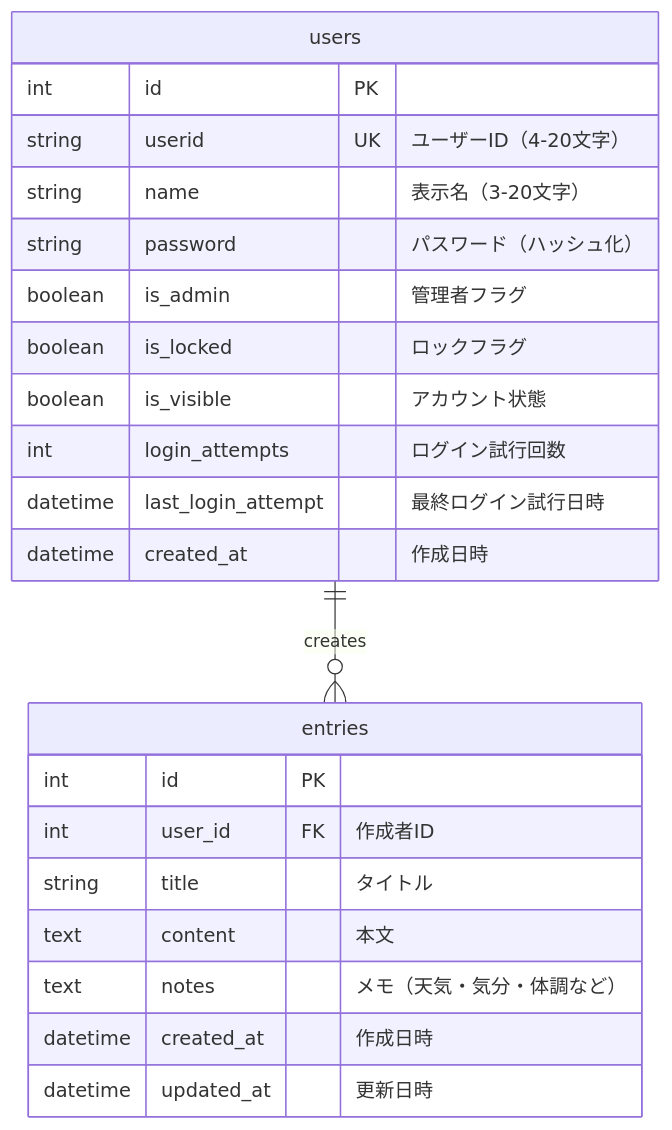
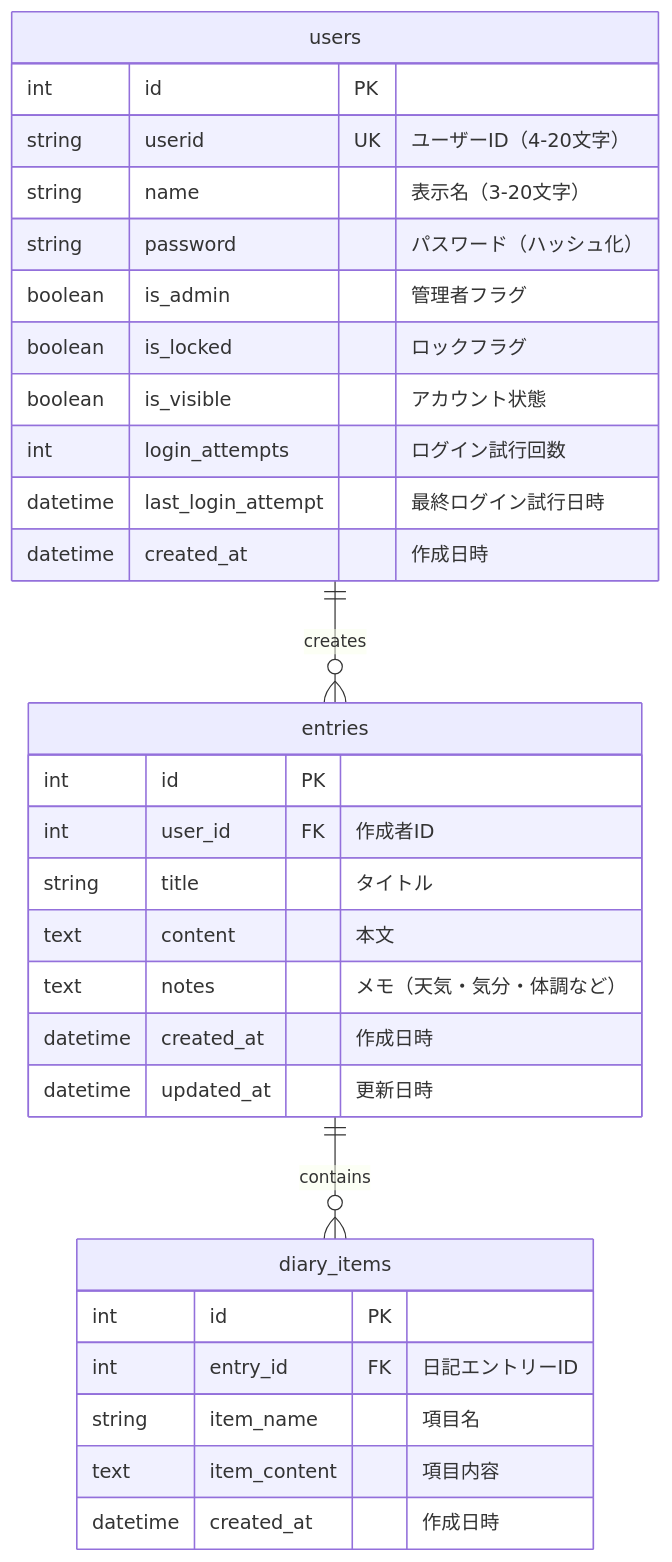
The seventh of 10 diagrams in docs/diagrams_ja.md (sougetuOte/LifeLog), drawn with Mermaid before and after one commit. The commit also changed other lines of this file and 20 other files, not shown here.

````diff
--- a/docs/diagrams_ja.md
+++ b/docs/diagrams_ja.md
@@ -207,27 +222,36 @@
 ```mermaid
 erDiagram
     users {
         int id PK
         string userid UK "ユーザーID（4-20文字）"
         string name "表示名（3-20文字）"
         string password "パスワード（ハッシュ化）"
         boolean is_admin "管理者フラグ"
         boolean is_locked "ロックフラグ"
         boolean is_visible "アカウント状態"
         int login_attempts "ログイン試行回数"
         datetime last_login_attempt "最終ログイン試行日時"
         datetime created_at "作成日時"
     }
 
     entries {
         int id PK
         int user_id FK "作成者ID"
         string title "タイトル"
         text content "本文"
         text notes "メモ（天気・気分・体調など）"
         datetime created_at "作成日時"
         datetime updated_at "更新日時"
     }
 
+    diary_items {
+        int id PK
+        int entry_id FK "日記エントリーID"
+        string item_name "項目名"
+        text item_content "項目内容"
+        datetime created_at "作成日時"
+    }
+
     users ||--o{ entries : "creates"
+    entries ||--o{ diary_items : "contains"
 ```
````
